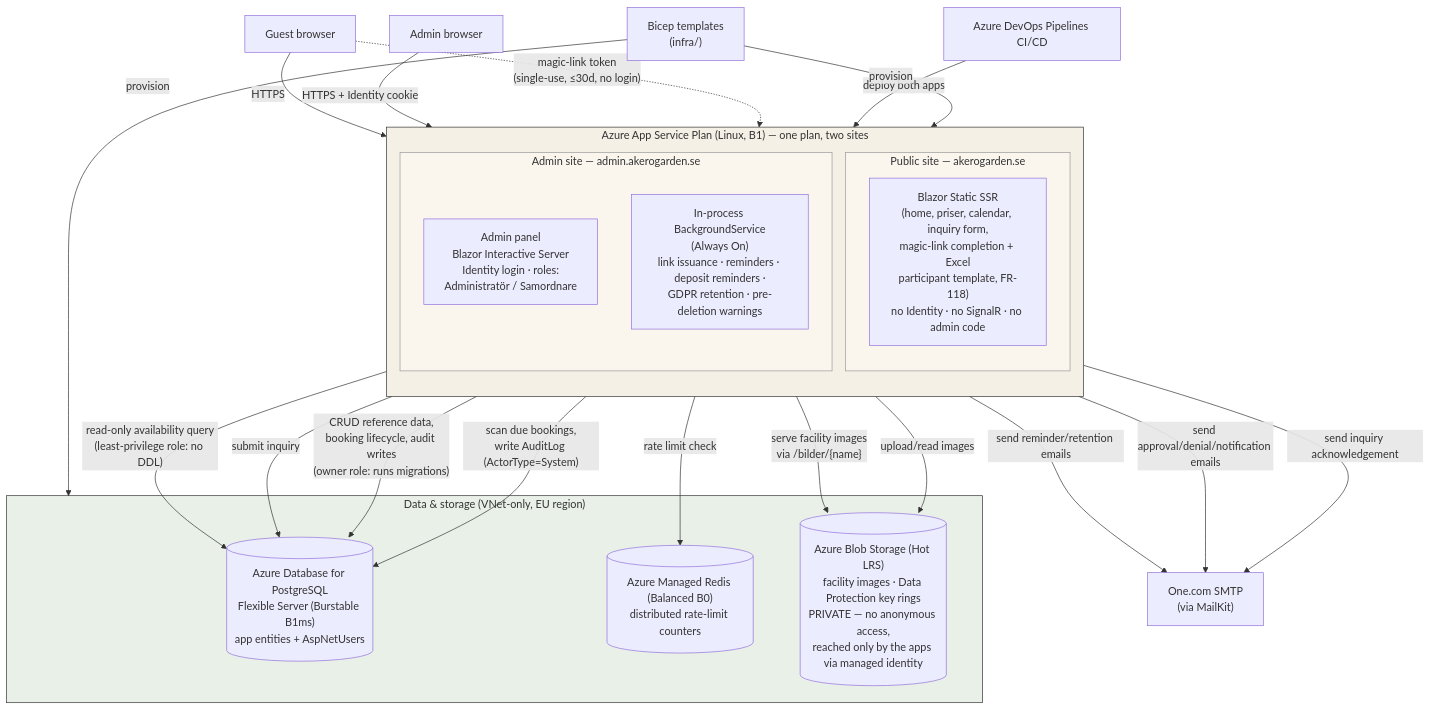
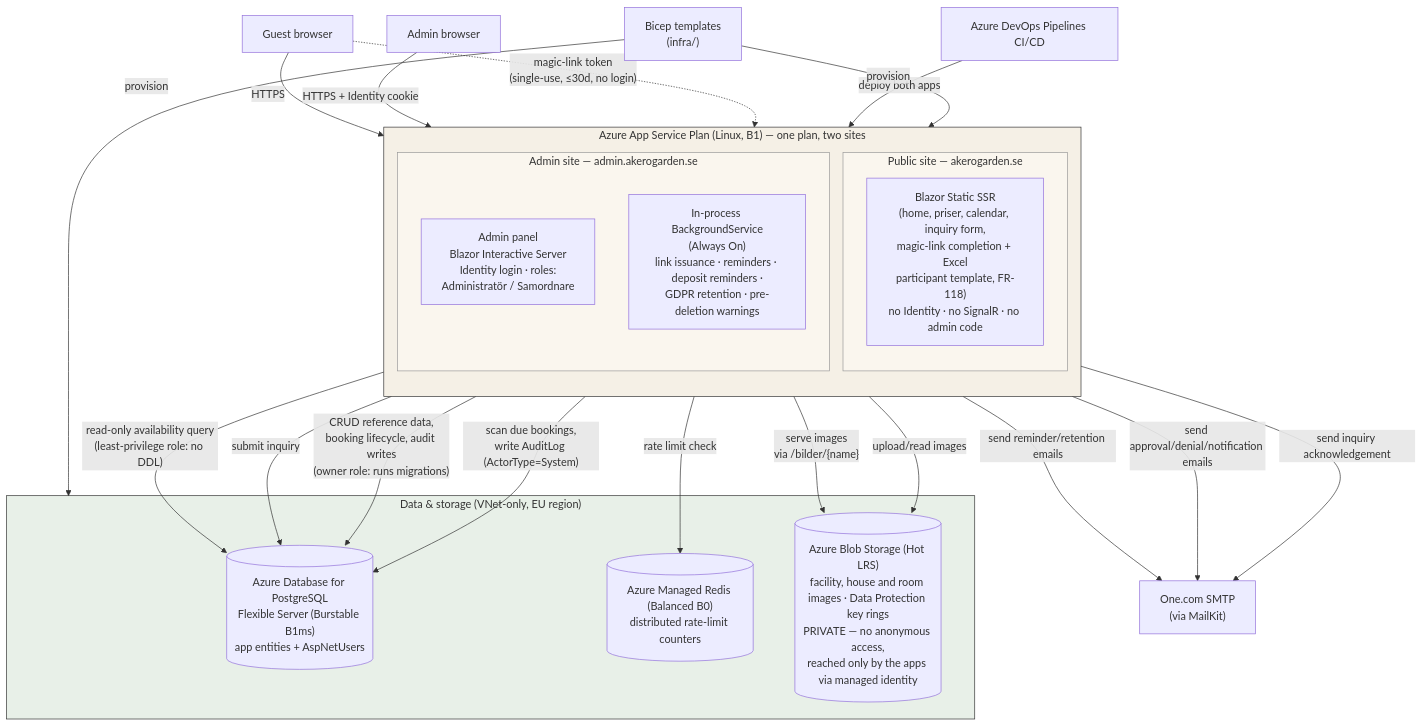
One commit to eliya-amanoeel/akerogarden changed the diagram in docs/product/architecture.md. Above: the diagram before and after it, drawn with Mermaid. The commit also changed other lines of this file and 51 other files, not shown here.

````diff
--- a/docs/product/architecture.md
+++ b/docs/product/architecture.md
@@ -31,52 +31,52 @@
 ```mermaid
 flowchart TB
     Guest["Guest browser"]
     Admin["Admin browser"]
 
     subgraph Plan["Azure App Service Plan (Linux, B1) — one plan, two sites"]
         direction TB
         subgraph PublicSite["Public site — akerogarden.se"]
             Public["Blazor Static SSR\n(home, priser, calendar, inquiry form,\nmagic-link completion + Excel\nparticipant template, FR-118)\nno Identity · no SignalR · no admin code"]
         end
         subgraph AdminSite["Admin site — admin.akerogarden.se"]
             AdminApp["Admin panel\nBlazor Interactive Server\nIdentity login · roles:\nAdministratör / Samordnare"]
             BgJob["In-process BackgroundService\n(Always On)\nlink issuance · reminders · deposit reminders ·\nGDPR retention · pre-deletion warnings"]
         end
     end
 
     subgraph Data["Data & storage (VNet-only, EU region)"]
         Postgres[("Azure Database for PostgreSQL\nFlexible Server (Burstable B1ms)\napp entities + AspNetUsers")]
         Redis[("Azure Managed Redis (Balanced B0)\ndistributed rate-limit counters")]
-        Blob[("Azure Blob Storage (Hot LRS)\nfacility images · Data Protection key rings\nPRIVATE — no anonymous access,\nreached only by the apps via managed identity")]
+        Blob[("Azure Blob Storage (Hot LRS)\nfacility, house and room images · Data Protection key rings\nPRIVATE — no anonymous access,\nreached only by the apps via managed identity")]
     end
 
     SMTP["One.com SMTP\n(via MailKit)"]
 
     Guest -->|"HTTPS"| Public
     Admin -->|"HTTPS + Identity cookie"| AdminApp
 
     Public -->|"read-only availability query\n(least-privilege role: no DDL)"| Postgres
     Public -->|"submit inquiry"| Postgres
     Public -->|"rate limit check"| Redis
-    Public -->|"serve facility images\nvia /bilder/{name}"| Blob
+    Public -->|"serve images\nvia /bilder/{name}"| Blob
 
     AdminApp -->|"CRUD reference data,\nbooking lifecycle, audit writes\n(owner role: runs migrations)"| Postgres
     AdminApp -->|"upload/read images"| Blob
 
     BgJob -->|"scan due bookings,\nwrite AuditLog (ActorType=System)"| Postgres
     BgJob -->|"send reminder/retention emails"| SMTP
 
     AdminApp -->|"send approval/denial/notification emails"| SMTP
     Public -->|"send inquiry acknowledgement"| SMTP
 
     Guest -.->|"magic-link token\n(single-use, ≤30d, no login)"| Public
 
     GH["Azure DevOps Pipelines CI/CD"] -->|"deploy both apps"| Plan
     Bicep["Bicep templates\n(infra/)"] -->|"provision"| Plan
     Bicep -->|"provision"| Data
 
     style Plan fill:#f5f0e6,stroke:#333
     style PublicSite fill:#faf6ee,stroke:#999
     style AdminSite fill:#faf6ee,stroke:#999
     style Data fill:#e8f0e8,stroke:#333
 ```
````
